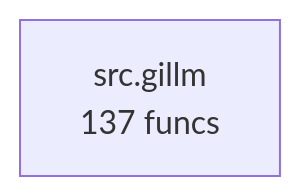
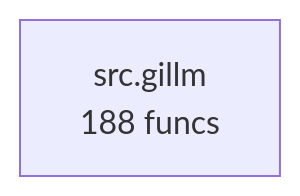
The diagram in project/compact_flow.mmd (semcod/gillm), drawn with Mermaid before and after one commit. The commit also changed 50 other files, not shown here.

```diff
--- a/project/compact_flow.mmd
+++ b/project/compact_flow.mmd
@@ -1,3 +1,3 @@
 flowchart TD
-%% generated in 0.02s
-    src__gillm["src.gillm<br/>137 funcs"]
+%% generated in 0.00s
+    src__gillm["src.gillm<br/>188 funcs"]
```
